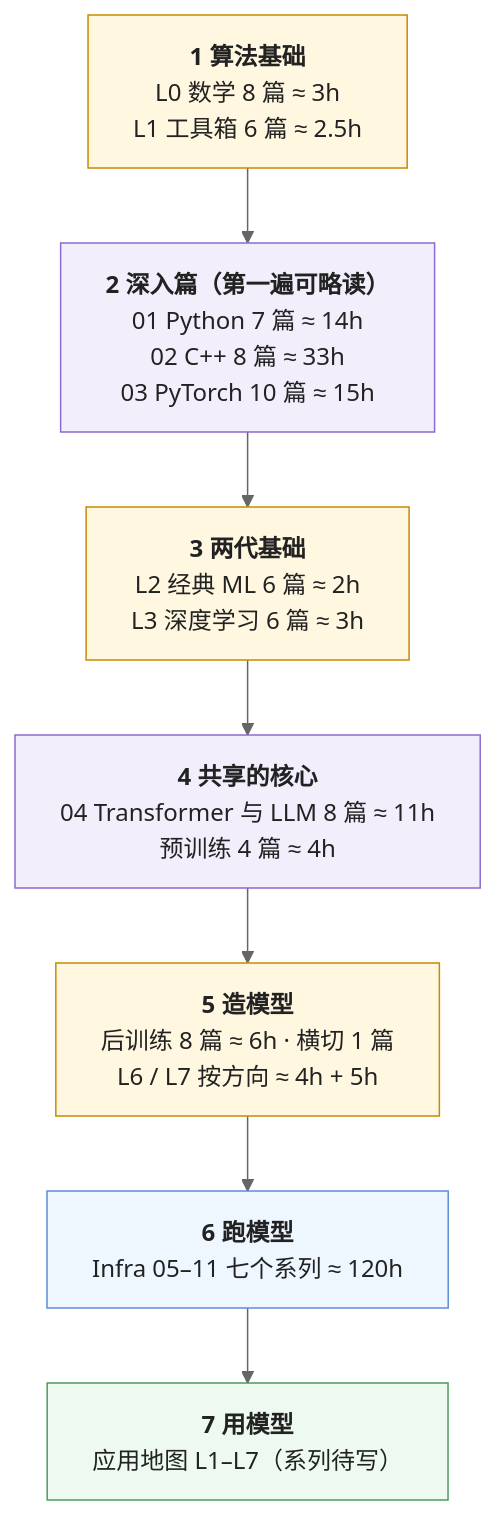
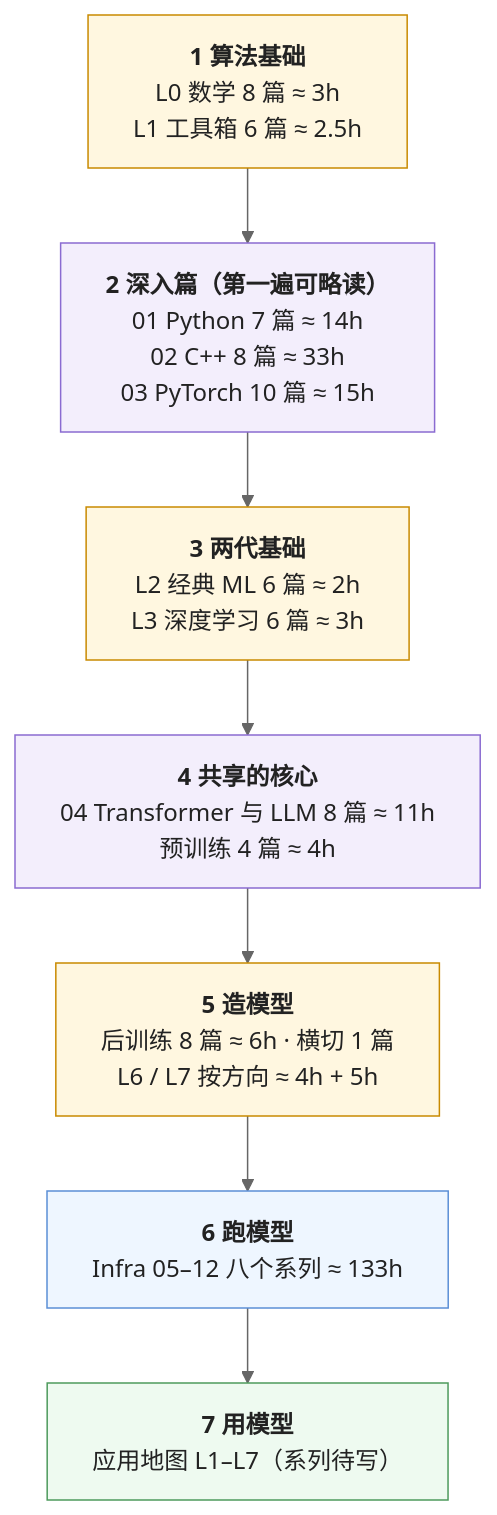
One commit to arganzheng/arganzheng.github.com changed the second of 2 diagrams in _posts/2026-01-01-ai-fullstack-learning-roadmap.md. Above: the diagram before and after it, drawn with Mermaid (neutral theme). The commit also changed other lines of this file and 32 other files, not shown here.

Commit message:
扩散模型推理基础设施升入 Infra L4 主线（10），发布于 09 之后；平台 / 开源贡献顺延为 11 / 12；三张地图、08 总纲、AGENTS、备忘录同步

````diff
--- a/_posts/2026-01-01-ai-fullstack-learning-roadmap.md
+++ b/_posts/2026-01-01-ai-fullstack-learning-roadmap.md
@@ -134,34 +134,34 @@
 ```mermaid
 %%{init: {"flowchart": {"wrappingWidth": 420}}}%%
 flowchart TB
     S1["`**1 算法基础**
 L0 数学 8 篇 ≈ 3h
 L1 工具箱 6 篇 ≈ 2.5h`"]
     S2["`**2 深入篇（第一遍可略读）**
 01 Python 7 篇 ≈ 14h
 02 C++ 8 篇 ≈ 33h
 03 PyTorch 10 篇 ≈ 15h`"]
     S3["`**3 两代基础**
 L2 经典 ML 6 篇 ≈ 2h
 L3 深度学习 6 篇 ≈ 3h`"]
     S4["`**4 共享的核心**
 04 Transformer 与 LLM 8 篇 ≈ 11h
 预训练 4 篇 ≈ 4h`"]
     S5["`**5 造模型**
 后训练 8 篇 ≈ 6h · 横切 1 篇
 L6 / L7 按方向 ≈ 4h + 5h`"]
     S6["`**6 跑模型**
-Infra 05–11 七个系列 ≈ 120h`"]
+Infra 05–12 八个系列 ≈ 133h`"]
     S7["`**7 用模型**
 应用地图 L1–L7（系列待写）`"]
     S1 --> S2 --> S3 --> S4 --> S5 --> S6 --> S7
 
     classDef algo fill:#fff7e0,stroke:#c98a00,stroke-width:1px,color:#222
     classDef infra fill:#eef6ff,stroke:#5b8fd6,stroke-width:1px,color:#222
     classDef app fill:#eefaf0,stroke:#4d9a5c,stroke-width:1px,color:#222
     classDef shared fill:#f3eefc,stroke:#8a6bd1,stroke-width:1px,color:#222
     class S1,S3,S5 algo
     class S2,S4 shared
     class S6 infra
     class S7 app
 ```
````
